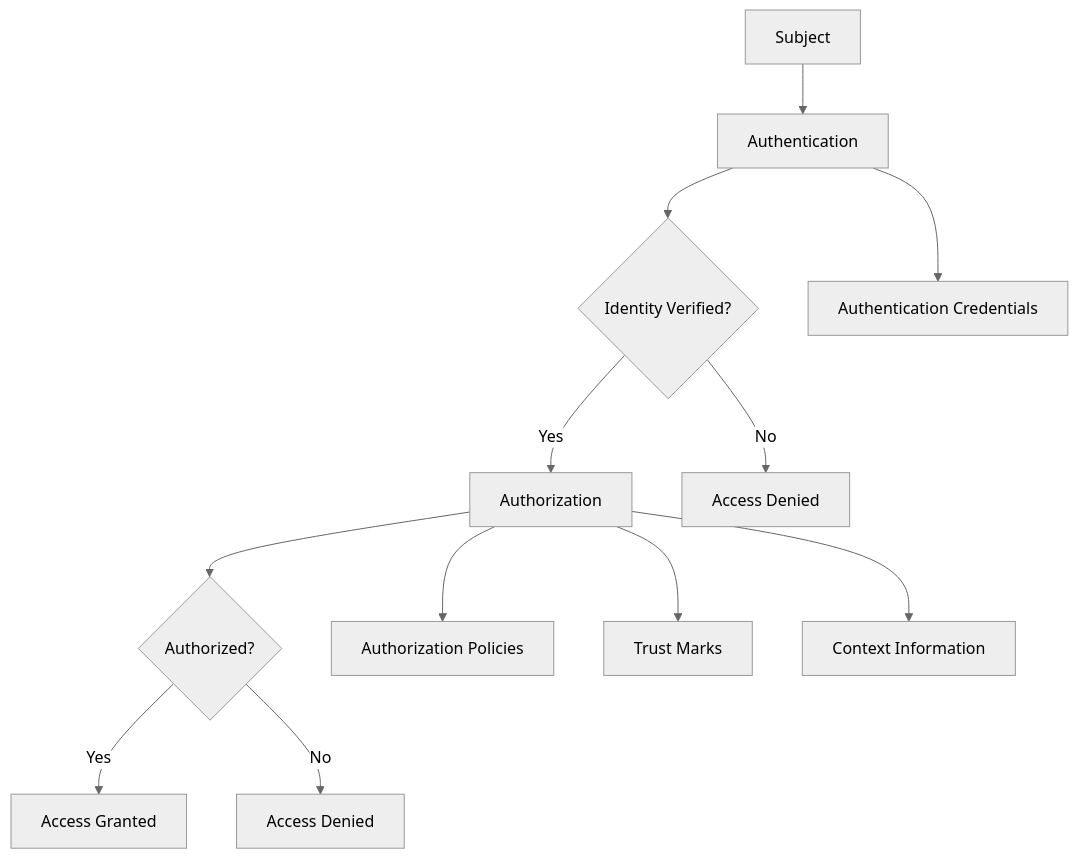
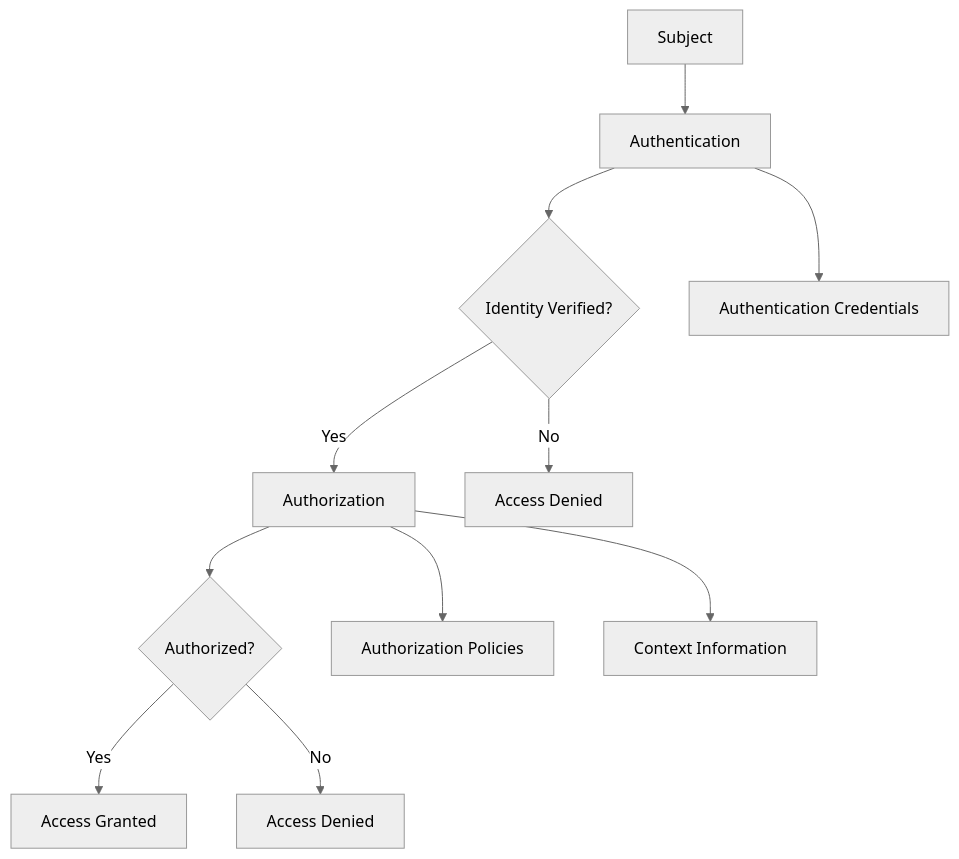
One commit to webuild-consortium/wp4-trust-group changed the diagram in task2-trust-framework/authentication-authorization-policy-framework.md. Above: the diagram before and after it, drawn with Mermaid (neutral theme). The commit also changed other lines of this file, not shown here.

````diff
--- a/task2-trust-framework/authentication-authorization-policy-framework.md
+++ b/task2-trust-framework/authentication-authorization-policy-framework.md
@@ -65,15 +55,14 @@
 ```mermaid
 graph TD
     A[Subject] --> B[Authentication]
     B --> C{Identity Verified?}
     C -->|Yes| D[Authorization]
     C -->|No| E[Access Denied]
     D --> F{Authorized?}
     F -->|Yes| G[Access Granted]
     F -->|No| H[Access Denied]
     
     B --> I[Authentication Credentials]
     D --> J[Authorization Policies]
-    D --> K[Trust Marks]
     D --> L[Context Information]
 ```
````
